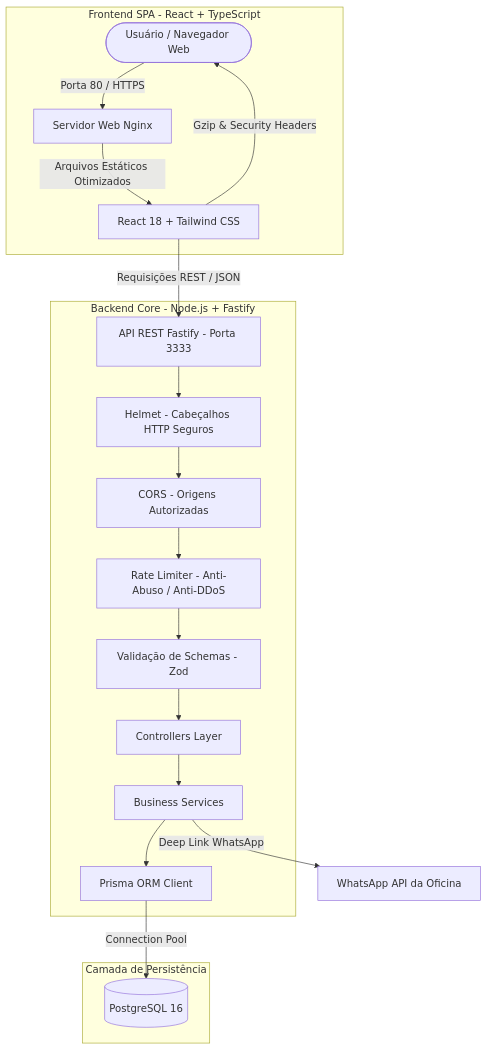
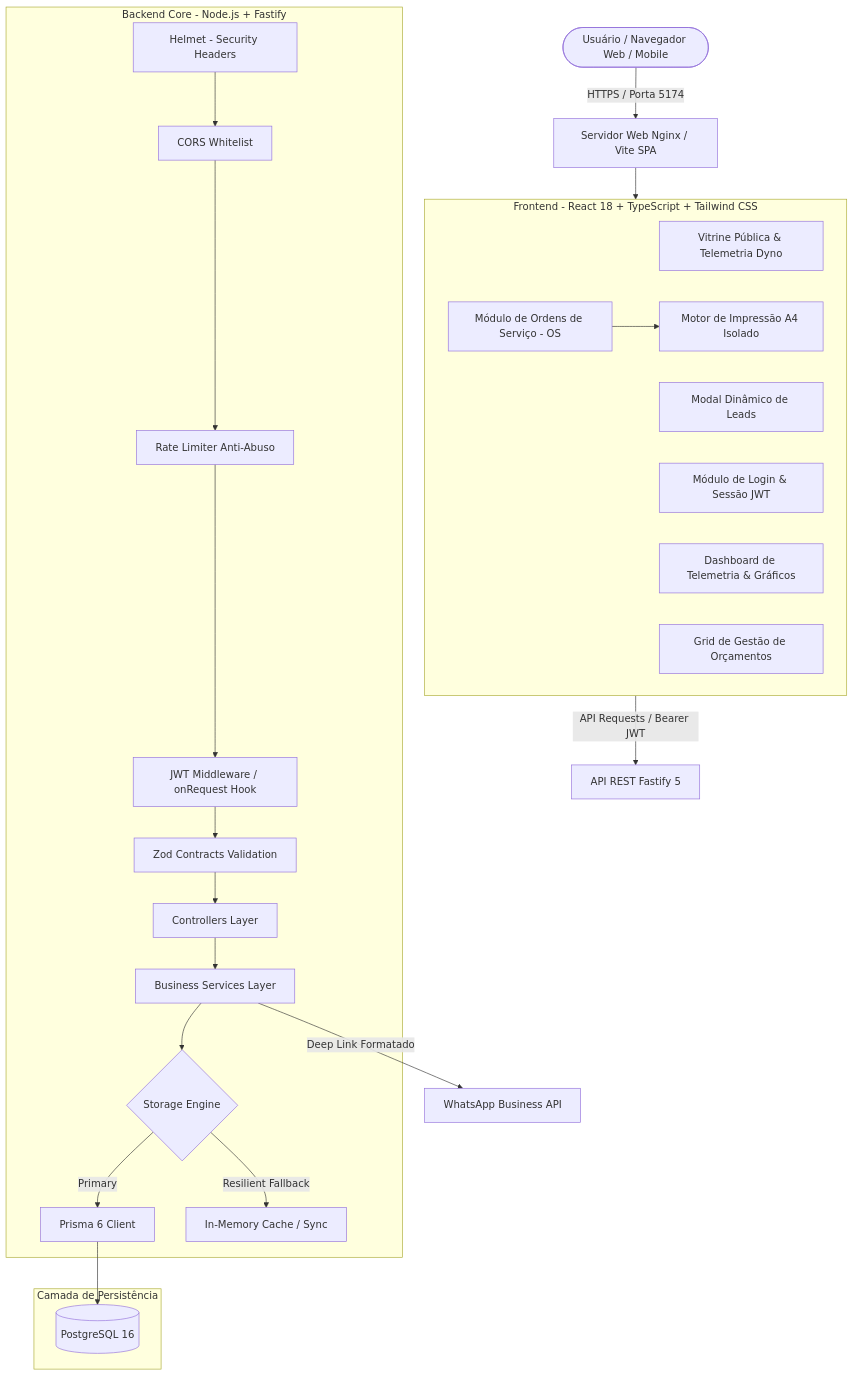
The diagram in README.md (gabrielLemke/63Motorsport), drawn with Mermaid before and after one commit. The commit also changed other lines of this file and 32 other files, not shown here.

Commit message:
feat: implement admin portal, telemetry dashboard, quotes pipeline, and work orders module with PDF print engine

````diff
--- a/README.md
+++ b/README.md
@@ -29,27 +56,37 @@
 ```mermaid
 graph TD
-    Client([Usuário / Navegador Web]) -->|Porta 80 / HTTPS| Nginx[Servidor Web Nginx]
+    Client([Usuário / Navegador Web / Mobile]) -->|HTTPS / Porta 5174| WebLayer[Servidor Web Nginx / Vite SPA]
     
-    subgraph Frontend [Frontend SPA - React + TypeScript]
-        Nginx -->|Arquivos Estáticos Otimizados| ReactApp[React 18 + Tailwind CSS]
-        ReactApp -->|Gzip & Security Headers| Client
+    subgraph FrontendSPA [Frontend - React 18 + TypeScript + Tailwind CSS]
+        LandingPage[Vitrine Pública & Telemetria Dyno]
+        QuoteModal[Modal Dinâmico de Leads]
+        AdminAuth[Módulo de Login & Sessão JWT]
+        AdminDash[Dashboard de Telemetria & Gráficos]
+        AdminQuotes[Grid de Gestão de Orçamentos]
+        AdminOrders[Módulo de Ordens de Serviço - OS]
+        PrintEngine[Motor de Impressão A4 Isolado]
+        
+        AdminOrders --> PrintEngine
     end
 
-    ReactApp -->|Requisições REST / JSON| FastifyApp[API REST Fastify - Porta 3333]
+    WebLayer --> FrontendSPA
+    FrontendSPA -->|API Requests / Bearer JWT| FastifyApp[API REST Fastify 5]
 
-    subgraph Backend [Backend Core - Node.js + Fastify]
-        FastifyApp --> Helmet[Helmet - Cabeçalhos HTTP Seguros]
-        Helmet --> CORS[CORS - Origens Autorizadas]
-        CORS --> RateLimit[Rate Limiter - Anti-Abuso / Anti-DDoS]
-        RateLimit --> ZodValidation[Validação de Schemas - Zod]
-        ZodValidation --> Controllers[Controllers Layer]
-        Controllers --> Services[Business Services]
-        Services --> PrismaORM[Prisma ORM Client]
+    subgraph BackendAPI [Backend Core - Node.js + Fastify]
+        Helmet[Helmet - Security Headers] --> CORS[CORS Whitelist]
+        CORS --> RateLimit[Rate Limiter Anti-Abuso]
+        RateLimit --> JWTAuth[JWT Middleware / onRequest Hook]
+        JWTAuth --> ZodVal[Zod Contracts Validation]
+        ZodVal --> Controllers[Controllers Layer]
+        Controllers --> Services[Business Services Layer]
+        Services --> DualStore{Storage Engine}
+        DualStore -->|Primary| PrismaORM[Prisma 6 Client]
+        DualStore -->|Resilient Fallback| MemoryStore[In-Memory Cache / Sync]
     end
 
-    subgraph Database [Camada de Persistência]
-        PrismaORM -->|Connection Pool| Postgres[(PostgreSQL 16)]
+    subgraph DatabaseLayer [Camada de Persistência]
+        PrismaORM --> Postgres[(PostgreSQL 16)]
     end
 
-    Services -->|Deep Link WhatsApp| WhatsAppDirect[WhatsApp API da Oficina]
+    Services -->|Deep Link Formatado| WhatsApp[WhatsApp Business API]
 ```
````
